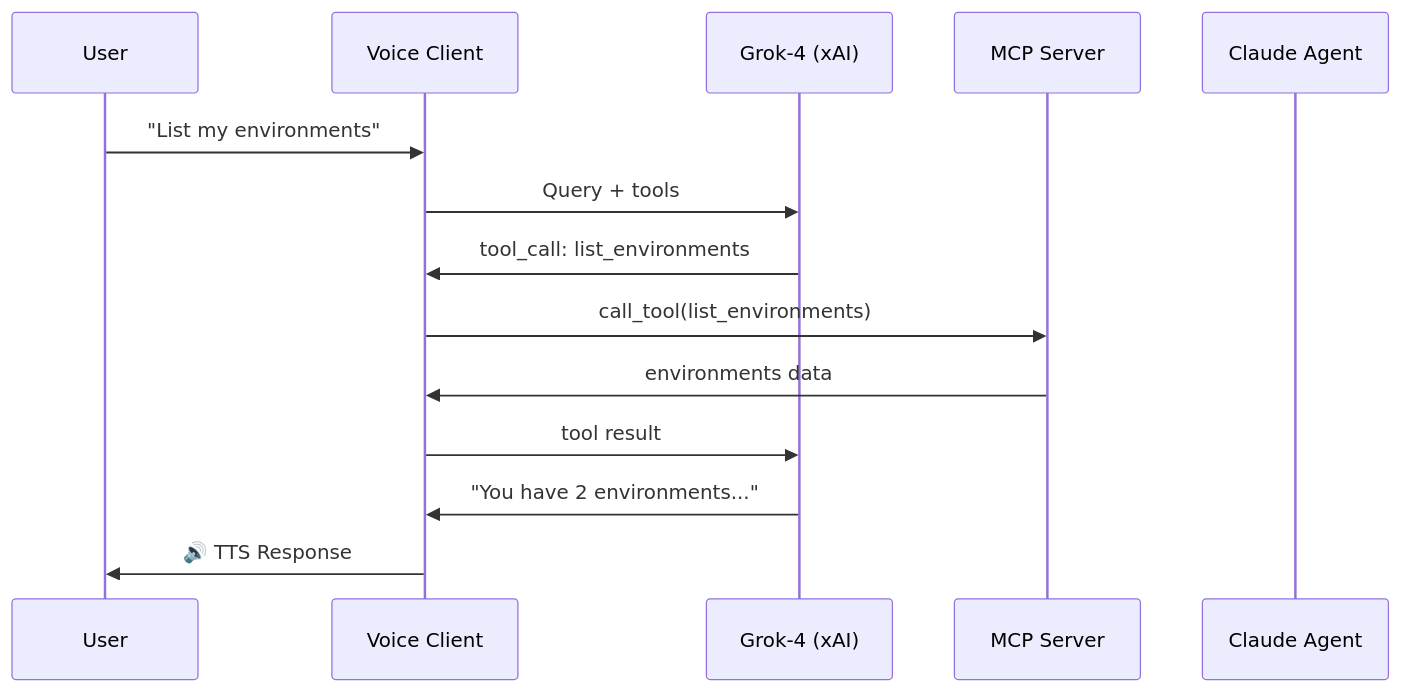
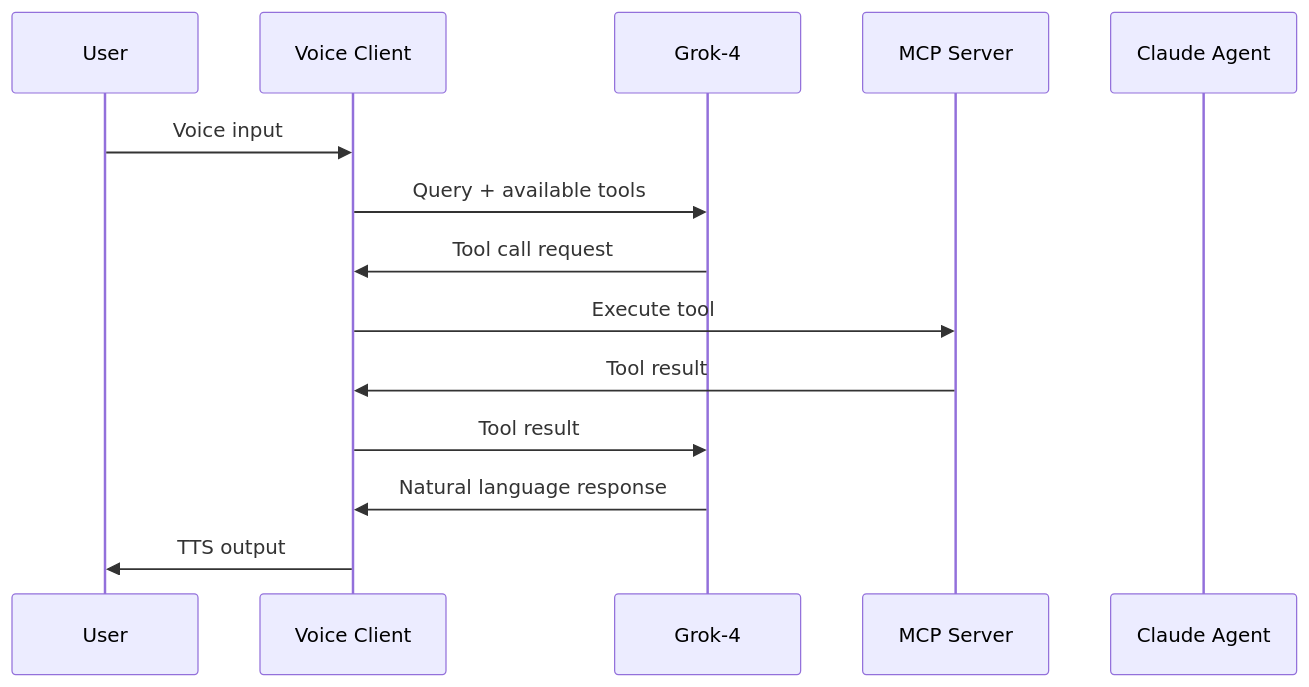
The second of 2 diagrams in README.md (yhinai/CodeVox), drawn with Mermaid before and after one commit. The commit also changed other lines of this file, not shown here.

````diff
--- a/README.md
+++ b/README.md
@@ -116,17 +107,17 @@
 ```mermaid
 sequenceDiagram
     participant User
-    participant Voice as Voice Client
-    participant Grok as Grok-4 (xAI)
+    participant Client as Voice Client
+    participant Grok as Grok-4
     participant MCP as MCP Server
     participant Claude as Claude Agent
 
-    User->>Voice: "List my environments"
-    Voice->>Grok: Query + tools
-    Grok->>Voice: tool_call: list_environments
-    Voice->>MCP: call_tool(list_environments)
-    MCP->>Voice: environments data
-    Voice->>Grok: tool result
-    Grok->>Voice: "You have 2 environments..."
-    Voice->>User: 🔊 TTS Response
+    User->>Client: Voice input
+    Client->>Grok: Query + available tools
+    Grok->>Client: Tool call request
+    Client->>MCP: Execute tool
+    MCP->>Client: Tool result
+    Client->>Grok: Tool result
+    Grok->>Client: Natural language response
+    Client->>User: TTS output
 ```
````
